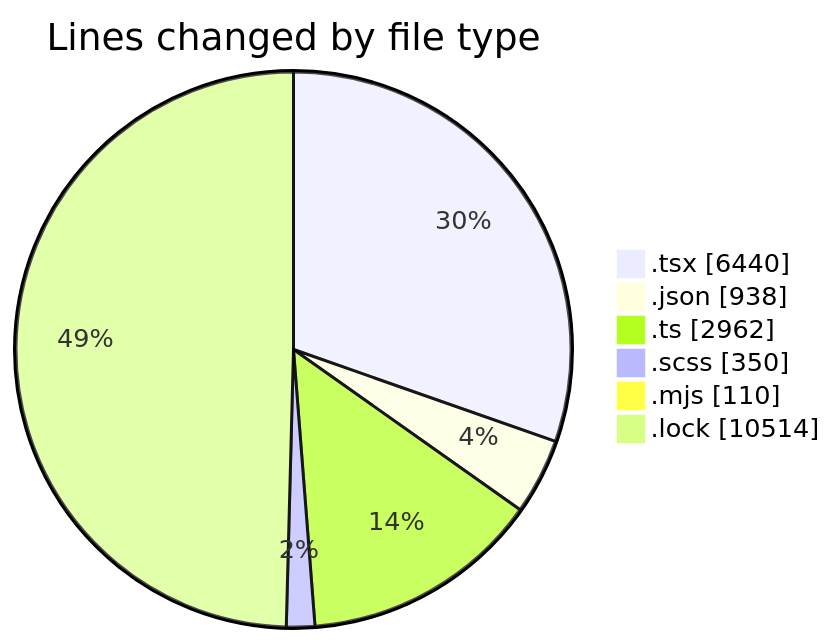
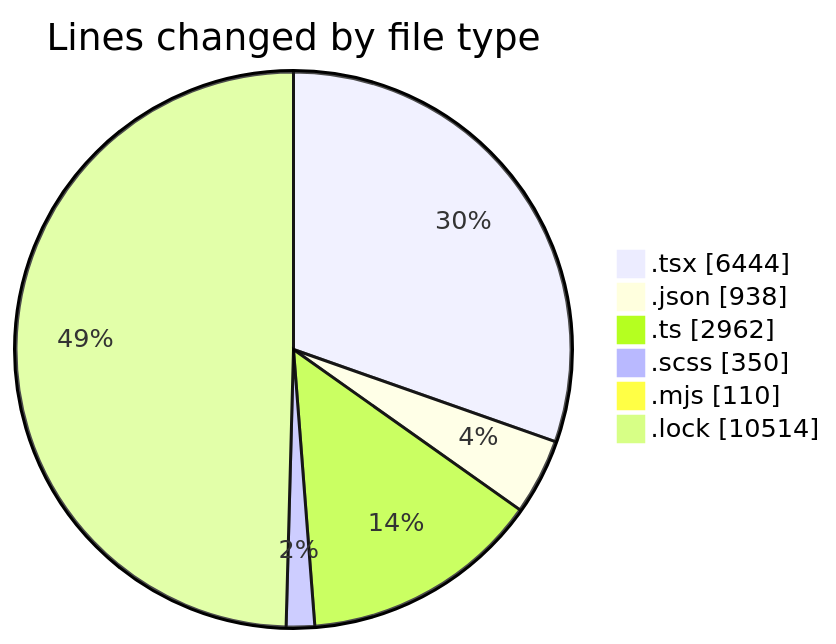
One commit to momahboobian/code-tracking changed the first of 2 diagrams in 2026-05-12/cda/README.md. Above: the diagram before and after it, drawn with Mermaid. The commit also changed other lines of this file and 1 other file, not shown here.

````diff
--- a/2026-05-12/cda/README.md
+++ b/2026-05-12/cda/README.md
@@ -51,10 +51,10 @@
 ```mermaid
 pie showData
 title Lines changed by file type
-".tsx" : 6440
+".tsx" : 6444
 ".json" : 938
 ".ts" : 2962
 ".scss" : 350
 ".mjs" : 110
 ".lock" : 10514
 ```
````
